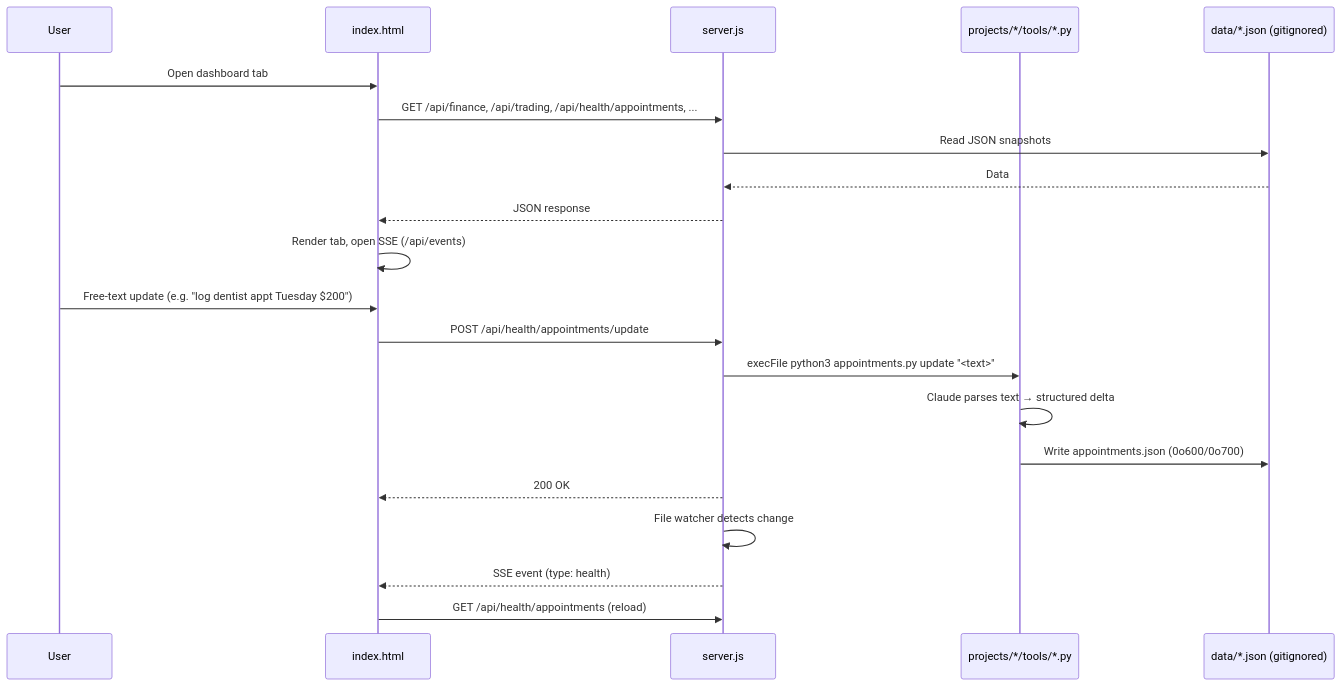
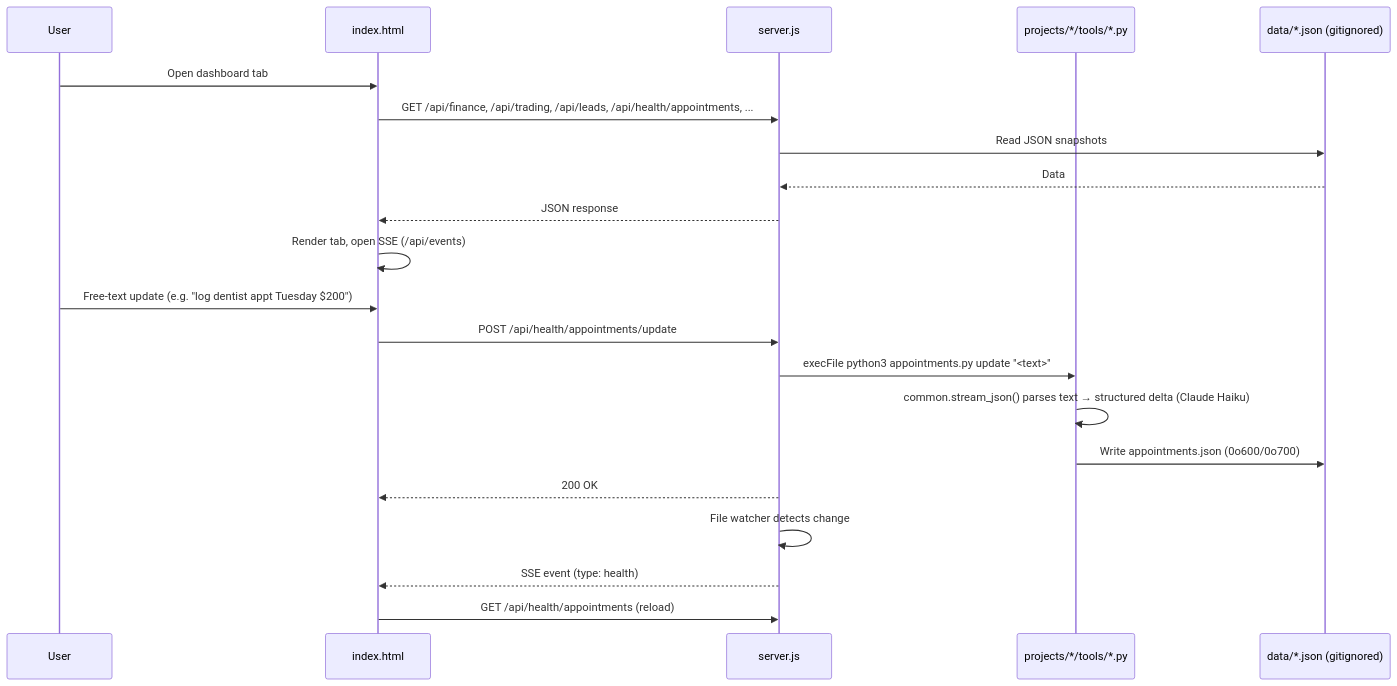
Before and after one commit to adreyn2-web/EA: the third of 6 diagrams in docs/CODEBASE_MAP.md, drawn with Mermaid. The commit also changed other lines of this file and 5 other files, not shown here.

````diff
--- a/docs/CODEBASE_MAP.md
+++ b/docs/CODEBASE_MAP.md
@@ -210,25 +305,25 @@
 ```mermaid
 sequenceDiagram
     participant User
     participant UI as index.html
     participant Server as server.js
     participant Tools as projects/*/tools/*.py
     participant FS as data/*.json (gitignored)
 
     User->>UI: Open dashboard tab
-    UI->>Server: GET /api/finance, /api/trading, /api/health/appointments, ...
+    UI->>Server: GET /api/finance, /api/trading, /api/leads, /api/health/appointments, ...
     Server->>FS: Read JSON snapshots
     FS-->>Server: Data
     Server-->>UI: JSON response
     UI->>UI: Render tab, open SSE (/api/events)
 
     User->>UI: Free-text update (e.g. "log dentist appt Tuesday $200")
     UI->>Server: POST /api/health/appointments/update
     Server->>Tools: execFile python3 appointments.py update "<text>"
-    Tools->>Tools: Claude parses text → structured delta
+    Tools->>Tools: common.stream_json() parses text → structured delta (Claude Haiku)
     Tools->>FS: Write appointments.json (0o600/0o700)
     Server-->>UI: 200 OK
     Server->>Server: File watcher detects change
     Server-->>UI: SSE event (type: health)
     UI->>Server: GET /api/health/appointments (reload)
 ```
````
